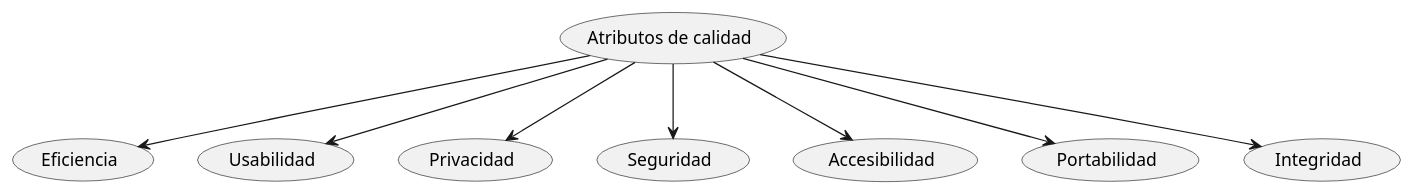
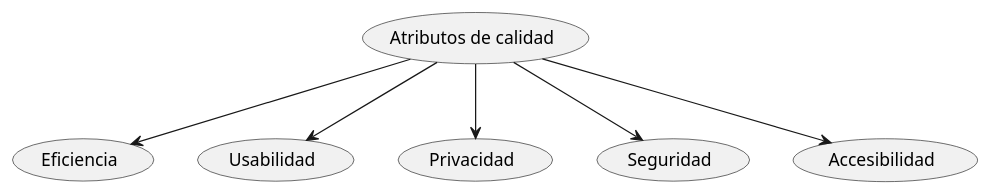
One commit to Arquisoft/dede_es4c changed the diagram in docs/10_quality_scenarios.adoc. Above: the diagram before and after it, drawn with PlantUML. The commit also changed other lines of this file and 47 other files, not shown here.

```diff
--- a/docs/10_quality_scenarios.adoc
+++ b/docs/10_quality_scenarios.adoc
@@ -8,10 +6,8 @@
 [plantuml,"qualityTree2",png]
 ----
 (Atributos de calidad) --> (Eficiencia)
 (Atributos de calidad) --> (Usabilidad)
 (Atributos de calidad) --> (Privacidad)
 (Atributos de calidad) --> (Seguridad)
 (Atributos de calidad) --> (Accesibilidad)
-(Atributos de calidad) --> (Portabilidad)
-(Atributos de calidad) --> (Integridad)
 ----
```
